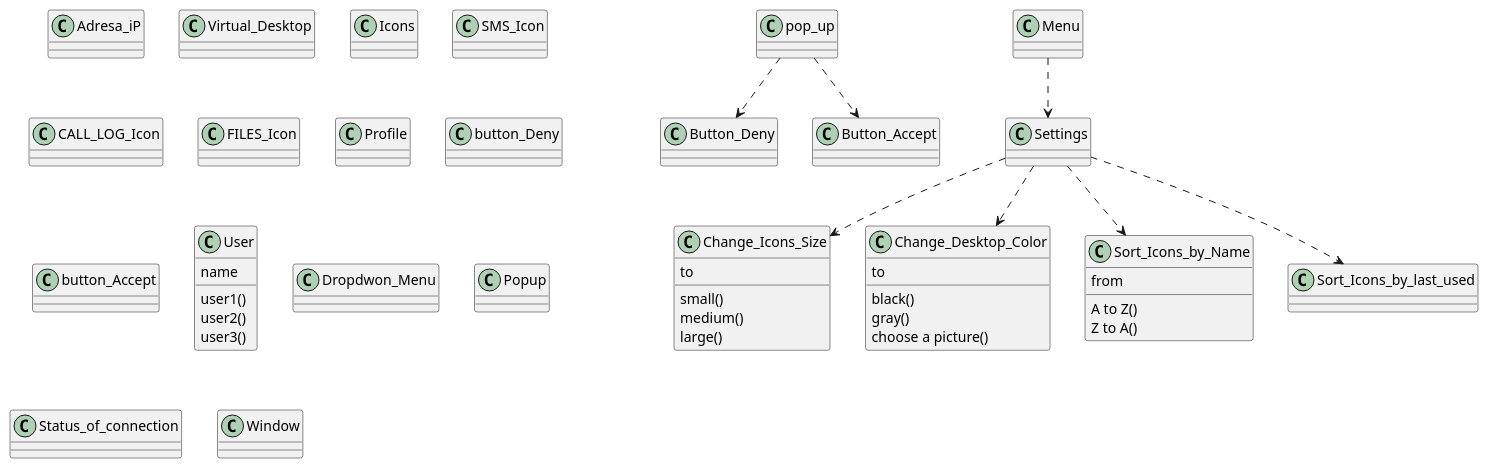
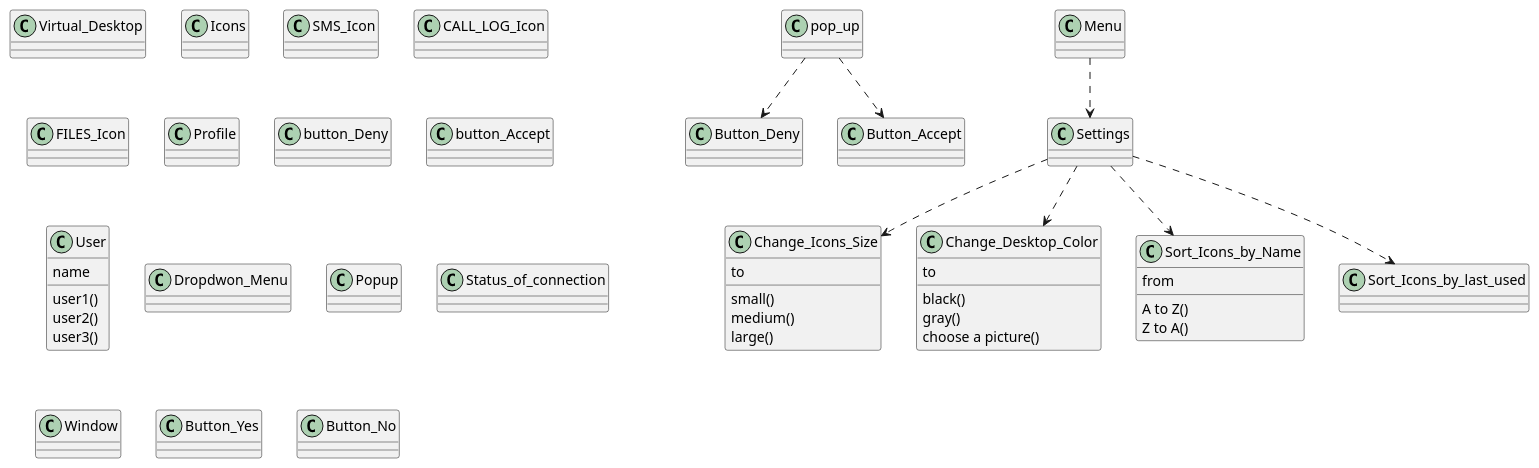
Before and after one commit to ofrasia/Remote_Phone_App_1: the diagram in Class Diagram.puml, drawn with PlantUML.

```diff
--- a/Class Diagram.puml
+++ b/Class Diagram.puml
@@ -1,68 +1,69 @@
 @startuml
-class Adresa_iP {
-}
 class Virtual_Desktop {
 }
 class Icons {
 }
 class SMS_Icon {
 }
 class CALL_LOG_Icon {
 }
 class FILES_Icon {
 }
 class Profile {
 }
 class button_Deny {
 }
 class button_Accept
 pop_up ..> Button_Deny
 pop_up ..>Button_Accept
 
 class Change_Icons_Size {
 to
 small()
 medium()
 large()
 }
 
 class Change_Desktop_Color {
 to
 black()
 gray()
 choose a picture()
 }
 
 class Sort_Icons_by_Name {
 from
 A to Z()
 Z to A()
 }
 
 
 
 Menu ..> Settings
 Settings ..> Change_Icons_Size
 Settings ..> Change_Desktop_Color
 Settings ..> Sort_Icons_by_Name
 Settings ..> Sort_Icons_by_last_used
 
 class User {
 name
 user1()
 user2()
 user3()
 }
 class Dropdwon_Menu {
 }
 class Popup {
 }
 class Settings {
 }
 class Status_of_connection {
 }
 class Window {
 }
-
+class Button_Yes {
+}
+class Button_No {
+}
 
 @enduml
```
